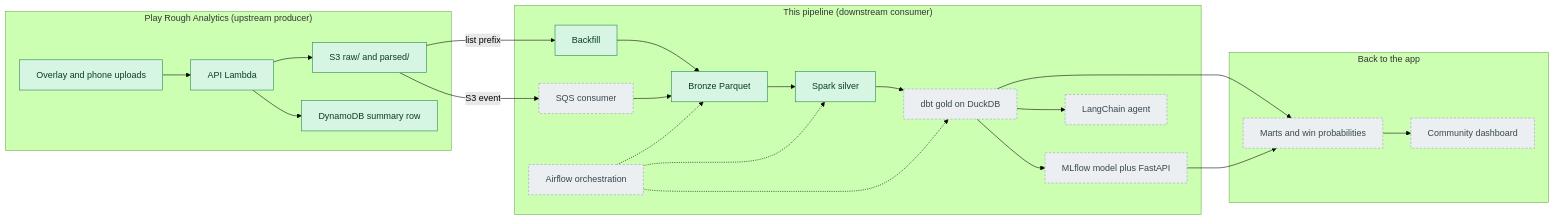
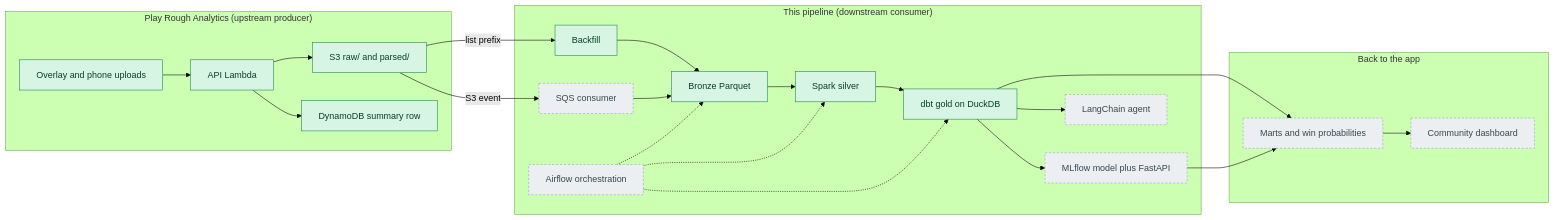
Before and after one commit to emilioorozco/pokemon-meta-pipeline: the diagram in README.md, drawn with Mermaid (forest theme). The commit also changed other lines of this file and 23 other files, not shown here.

````diff
--- a/README.md
+++ b/README.md
@@ -17,44 +17,44 @@
 ```mermaid
 flowchart LR
   subgraph APP["Play Rough Analytics (upstream producer)"]
     UP["Overlay and phone uploads"]
     API["API Lambda"]
     S3["S3 raw/ and parsed/"]
     DDB["DynamoDB summary row"]
     UP --> API
     API --> S3
     API --> DDB
   end
   subgraph PIPE["This pipeline (downstream consumer)"]
     BF["Backfill"]
     SQS["SQS consumer"]
     BRZ["Bronze Parquet"]
     SLV["Spark silver"]
     GLD["dbt gold on DuckDB"]
     SRV["MLflow model plus FastAPI"]
     AGT["LangChain agent"]
     AIR["Airflow orchestration"]
     BF --> BRZ
     SQS --> BRZ
     BRZ --> SLV
     SLV --> GLD
     GLD --> SRV
     GLD --> AGT
     AIR -.-> BRZ
     AIR -.-> SLV
     AIR -.-> GLD
   end
   subgraph BACK["Back to the app"]
     PUB["Marts and win probabilities"]
     DASH["Community dashboard"]
     PUB --> DASH
   end
   S3 -- "list prefix" --> BF
   S3 -- "S3 event" --> SQS
   GLD --> PUB
   SRV --> PUB
   classDef done fill:#d6f5e3,stroke:#1e8449,color:#0b3d24
   classDef planned fill:#eceff1,stroke:#90a4ae,stroke-dasharray:4 3,color:#37474f
-  class UP,API,S3,DDB,BF,BRZ,SLV done
-  class SQS,GLD,SRV,AGT,AIR,PUB,DASH planned
+  class UP,API,S3,DDB,BF,BRZ,SLV,GLD done
+  class SQS,SRV,AGT,AIR,PUB,DASH planned
 ```
````
